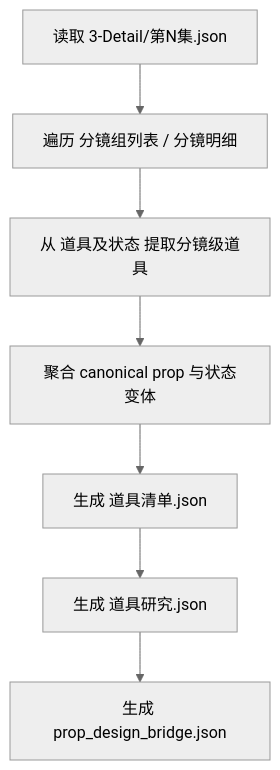
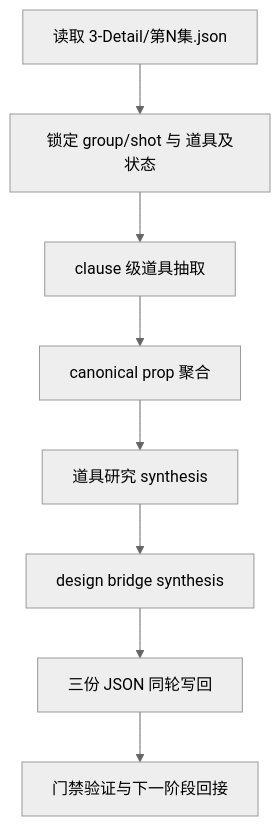
One commit to ZEN-VOID/AI-CUT changed the first of 3 diagrams in .agents/skills/aigc/4-Design/4-道具/1-清单/SKILL.md. Above: the diagram before and after it, drawn with Mermaid (neutral theme). The commit also changed other lines of this file and 182 other files, not shown here.

````diff
--- a/.agents/skills/aigc/4-Design/4-道具/1-清单/SKILL.md
+++ b/.agents/skills/aigc/4-Design/4-道具/1-清单/SKILL.md
@@ -50,9 +60,10 @@
 ```mermaid
 flowchart TD
-    A["读取 3-Detail/第N集.json"] --> B["遍历 分镜组列表 / 分镜明细"]
-    B --> C["从 道具及状态 提取分镜级道具"]
-    C --> D["聚合 canonical prop 与状态变体"]
-    D --> E["生成 道具清单.json"]
-    E --> F["生成 道具研究.json"]
-    F --> G["生成 prop_design_bridge.json"]
+    A["读取 3-Detail/第N集.json"] --> B["锁定 group/shot 与 道具及状态"]
+    B --> C["clause 级道具抽取"]
+    C --> D["canonical prop 聚合"]
+    D --> E["道具研究 synthesis"]
+    E --> F["design bridge synthesis"]
+    F --> G["三份 JSON 同轮写回"]
+    G --> H["门禁验证与下一阶段回接"]
 ```
````
